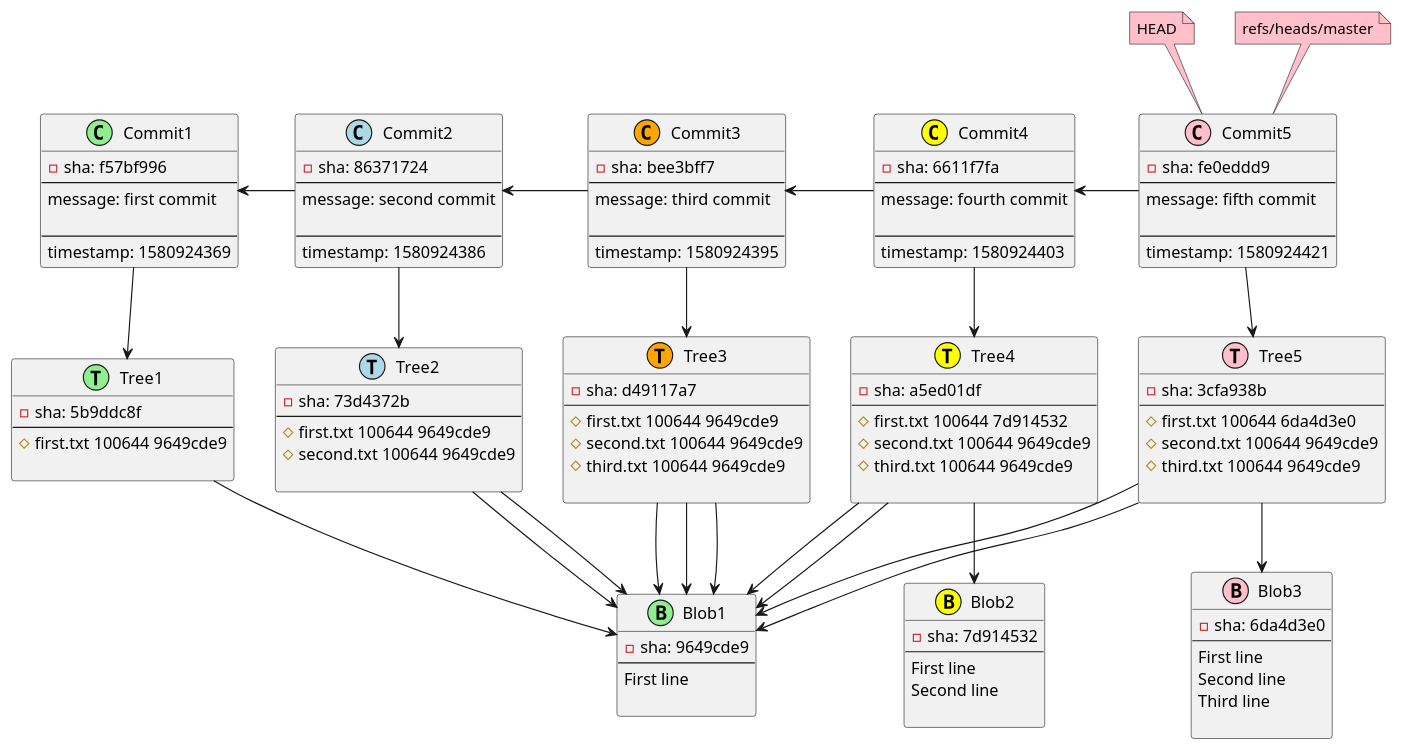
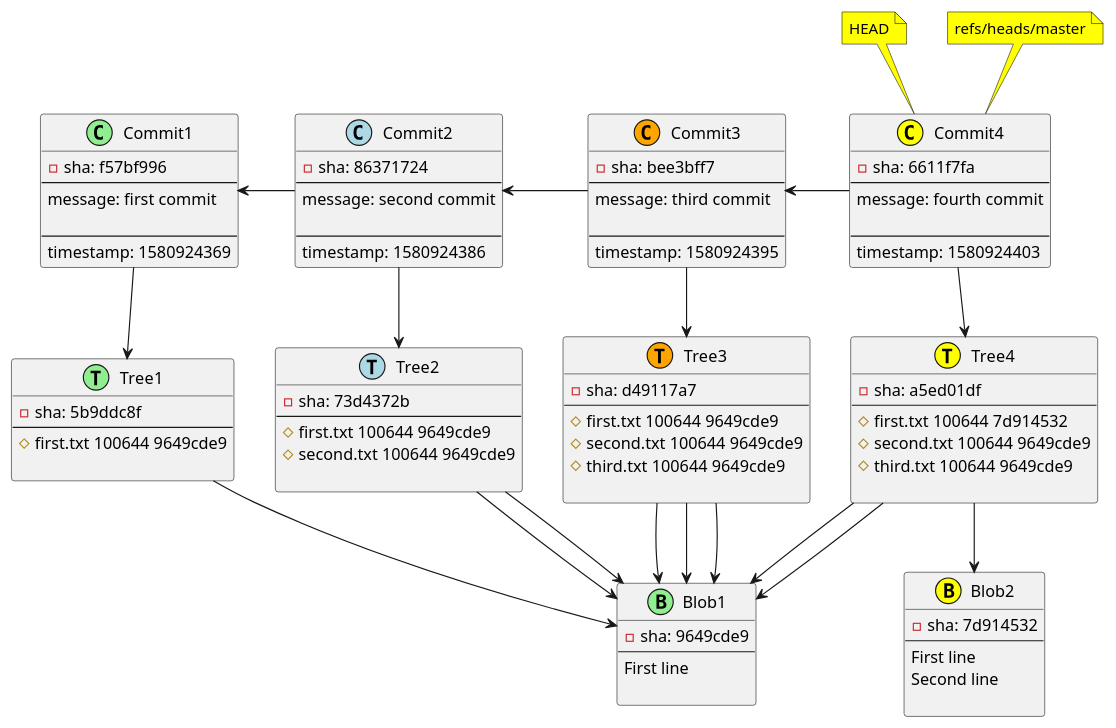
One commit to tsypuk/git2plantuml changed the diagram in src/main/resources/diagram.adoc. Above: the diagram before and after it, drawn with PlantUML. The commit also changed other lines of this file and 3 other files, not shown here.

```diff
--- a/src/main/resources/diagram.adoc
+++ b/src/main/resources/diagram.adoc
@@ -1,13 +4,5 @@
-[plantuml, ea71d96f-03bf-4147-872f-3cc0bc12ca08, png, title="Git repository snapshot: 5 commits, 5 trees, 3 blobs, 2 refs: HEAD,refs/heads/master", width=1000, height=1000]
+[plantuml, 01c05812-3dc7-427d-bec3-6a1bc8754b85, png, title="Git repository snapshot: 4 commits, 4 trees, 2 blobs, 2 refs: HEAD,refs/heads/master", width=1000, height=1000]
 ....
-class Commit5 <<(C,pink)>> {
--sha: fe0eddd9
---
-message: fifth commit
-
---
-timestamp: 1580924421
-}
 class Commit4 <<(C,yellow)>> {
 -sha: 6611f7fa
 --
@@ -39,14 +34,6 @@
 
 --
 timestamp: 1580924369
-}
-class Tree5 <<(T,pink)>> {
--sha: 3cfa938b
---
-# first.txt 100644 6da4d3e0
-# second.txt 100644 9649cde9
-# third.txt 100644 9649cde9
-
 }
 class Tree4 <<(T,yellow)>> {
 -sha: a5ed01df
@@ -83,14 +70,6 @@
 First line
 
 }
-class Blob3 <<(B,pink)>> {
--sha: 6da4d3e0
---
-First line
-Second line
-Third line
-
-}
 class Blob2 <<(B,yellow)>> {
 -sha: 7d914532
 --
@@ -98,14 +77,10 @@
 Second line
 
 }
-Commit5 --> Tree5
 Commit4 --> Tree4
 Commit3 --> Tree3
 Commit2 --> Tree2
 Commit1 --> Tree1
-Tree5 --> Blob3
-Tree5 --> Blob1
-Tree5 --> Blob1
 Tree4 --> Blob2
 Tree4 --> Blob1
 Tree4 --> Blob1
@@ -117,8 +92,7 @@
 Tree1 --> Blob1
 Commit4 -l-> Commit3
 Commit3 -l-> Commit2
-Commit5 -l-> Commit4
 Commit2 -l-> Commit1
-note top of Commit5 #pink : HEAD
-note top of Commit5 #pink : refs/heads/master
+note top of Commit4 #yellow : HEAD
+note top of Commit4 #yellow : refs/heads/master
 ....
```
